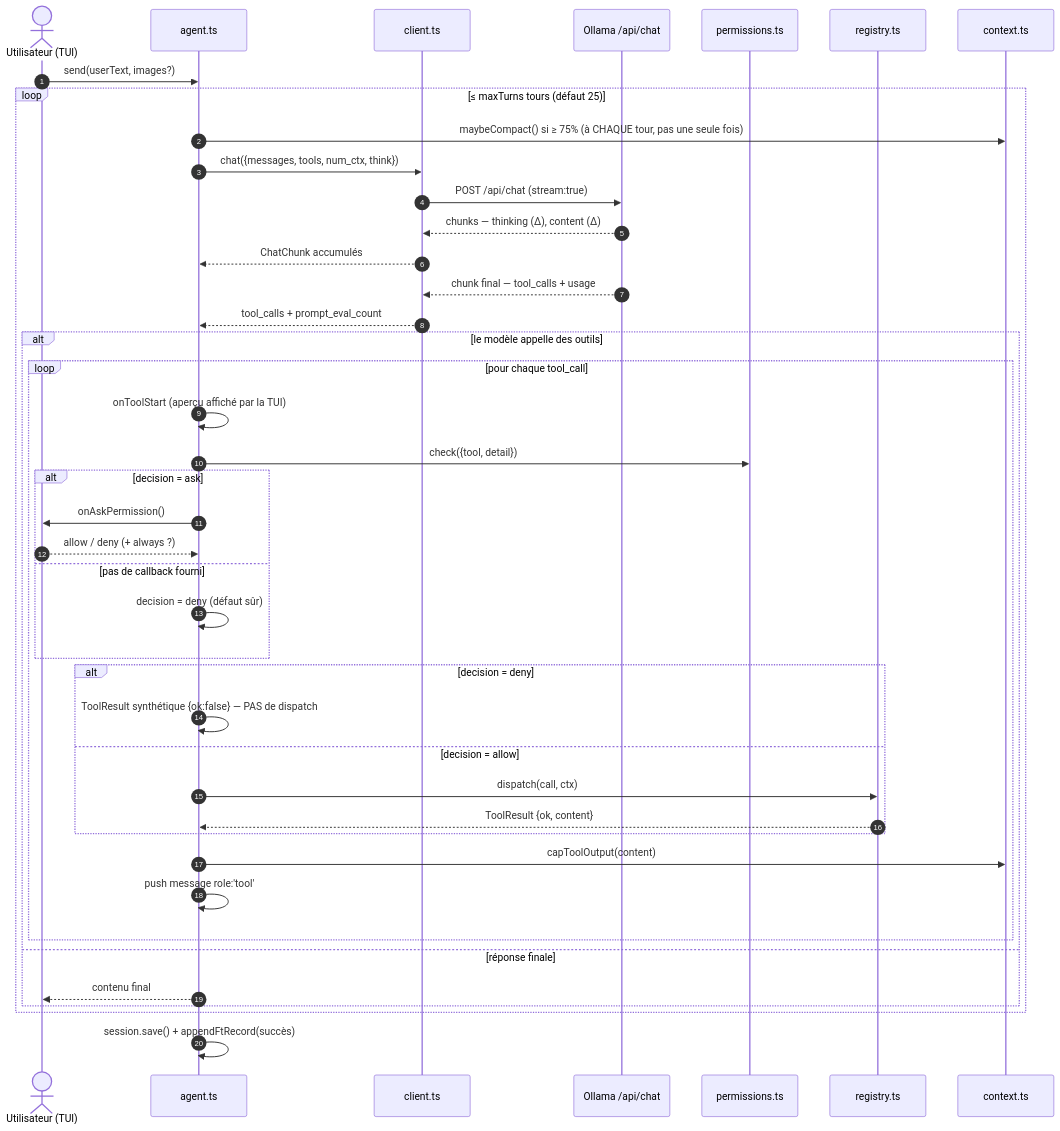
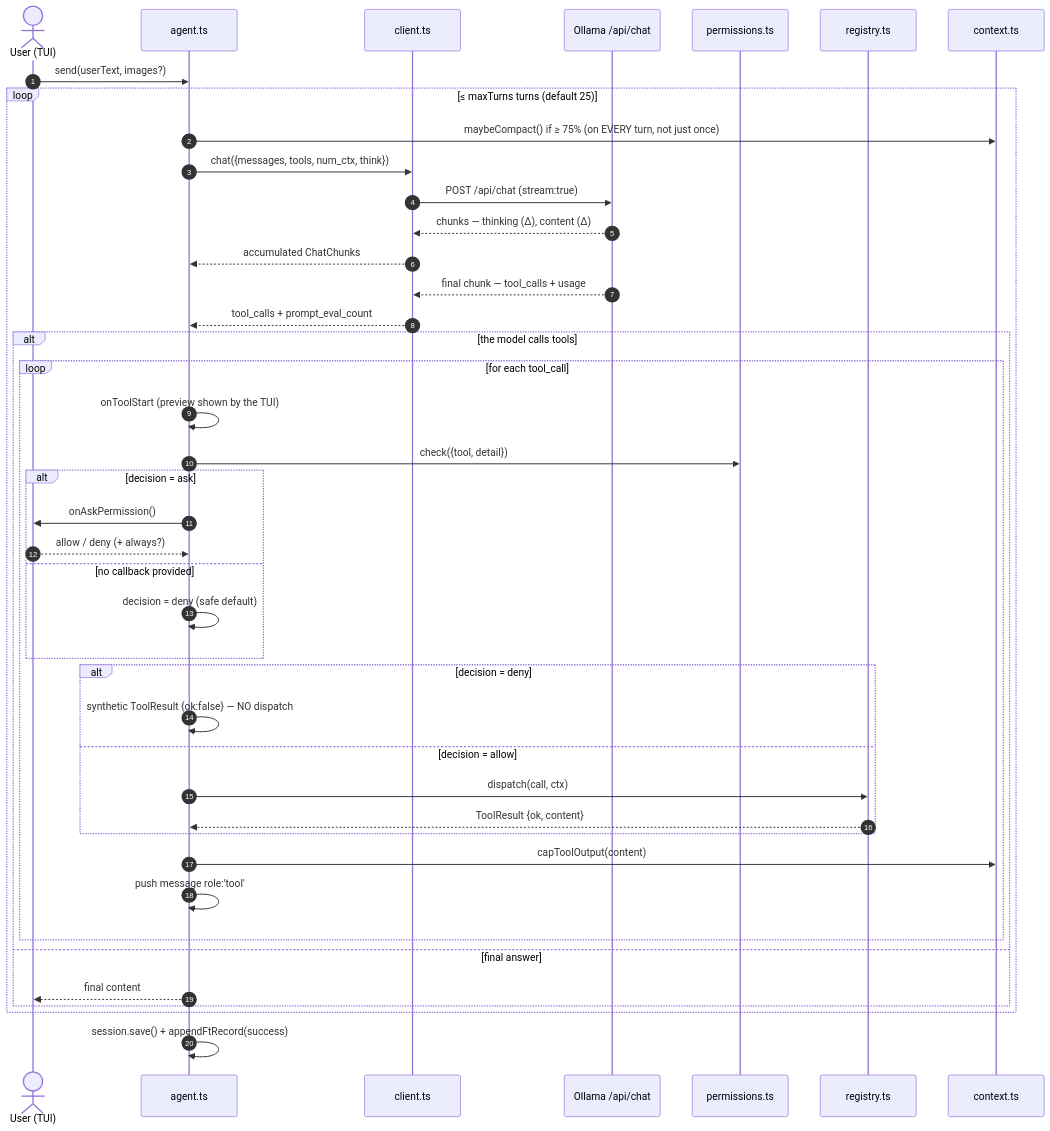
The fourth of 10 diagrams in DOCUMENTATION.md (Tromset/Ollama-Code), drawn with Mermaid before and after one commit. The commit also changed other lines of this file and 19 other files, not shown here.

````diff
--- a/DOCUMENTATION.md
+++ b/DOCUMENTATION.md
@@ -233,46 +233,46 @@
 ```mermaid
 sequenceDiagram
     autonumber
-    actor U as Utilisateur (TUI)
+    actor U as User (TUI)
     participant A as agent.ts
     participant C as client.ts
     participant O as Ollama /api/chat
     participant P as permissions.ts
     participant R as registry.ts
     participant X as context.ts
 
     U->>A: send(userText, images?)
-    loop ≤ maxTurns tours (défaut 25)
-        A->>X: maybeCompact() si ≥ 75% (à CHAQUE tour, pas une seule fois)
+    loop ≤ maxTurns turns (default 25)
+        A->>X: maybeCompact() if ≥ 75% (on EVERY turn, not just once)
         A->>C: chat({messages, tools, num_ctx, think})
         C->>O: POST /api/chat (stream:true)
         O-->>C: chunks — thinking (Δ), content (Δ)
-        C-->>A: ChatChunk accumulés
-        O-->>C: chunk final — tool_calls + usage
+        C-->>A: accumulated ChatChunks
+        O-->>C: final chunk — tool_calls + usage
         C-->>A: tool_calls + prompt_eval_count
 
-        alt le modèle appelle des outils
-            loop pour chaque tool_call
-                A->>A: onToolStart (aperçu affiché par la TUI)
+        alt the model calls tools
+            loop for each tool_call
+                A->>A: onToolStart (preview shown by the TUI)
                 A->>P: check({tool, detail})
                 alt decision = ask
                     A->>U: onAskPermission()
-                    U-->>A: allow / deny (+ always ?)
-                else pas de callback fourni
-                    A->>A: decision = deny (défaut sûr)
+                    U-->>A: allow / deny (+ always?)
+                else no callback provided
+                    A->>A: decision = deny (safe default)
                 end
                 alt decision = deny
-                    A->>A: ToolResult synthétique {ok:false} — PAS de dispatch
+                    A->>A: synthetic ToolResult {ok:false} — NO dispatch
                 else decision = allow
                     A->>R: dispatch(call, ctx)
                     R-->>A: ToolResult {ok, content}
                 end
                 A->>X: capToolOutput(content)
                 A->>A: push message role:'tool'
             end
-        else réponse finale
-            A-->>U: contenu final
+        else final answer
+            A-->>U: final content
         end
     end
-    A->>A: session.save() + appendFtRecord(succès)
+    A->>A: session.save() + appendFtRecord(success)
 ```
````
